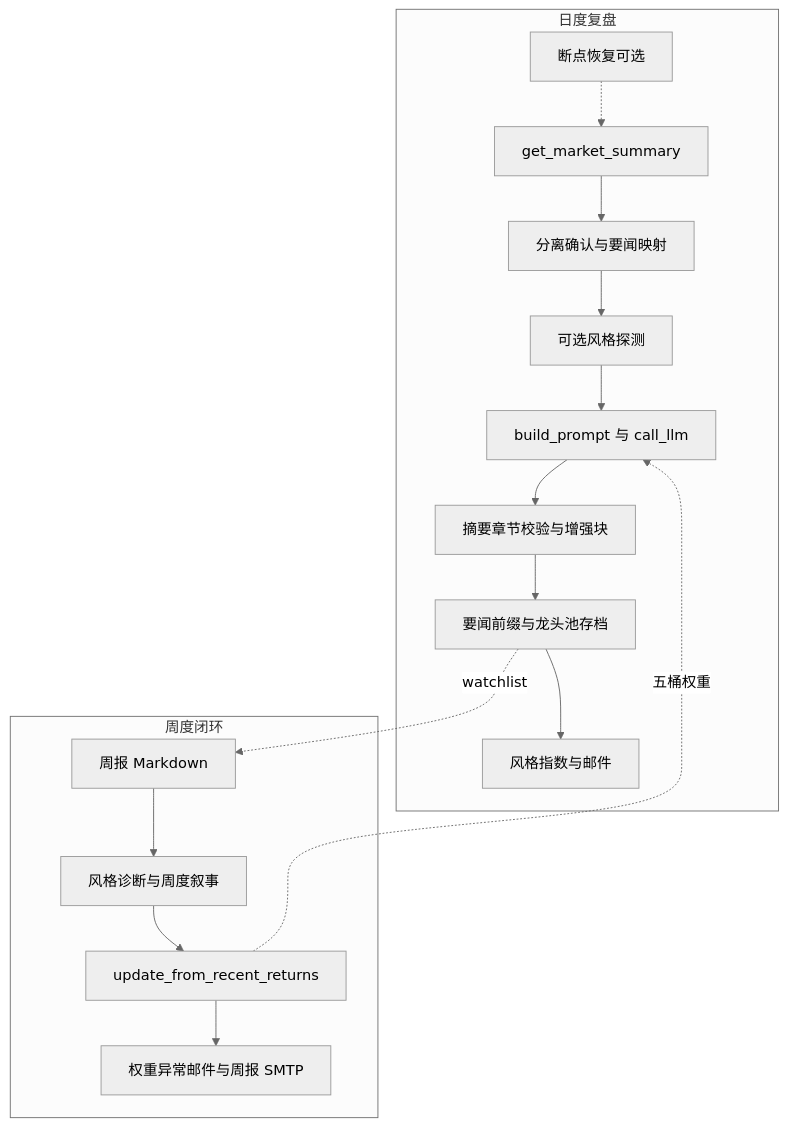
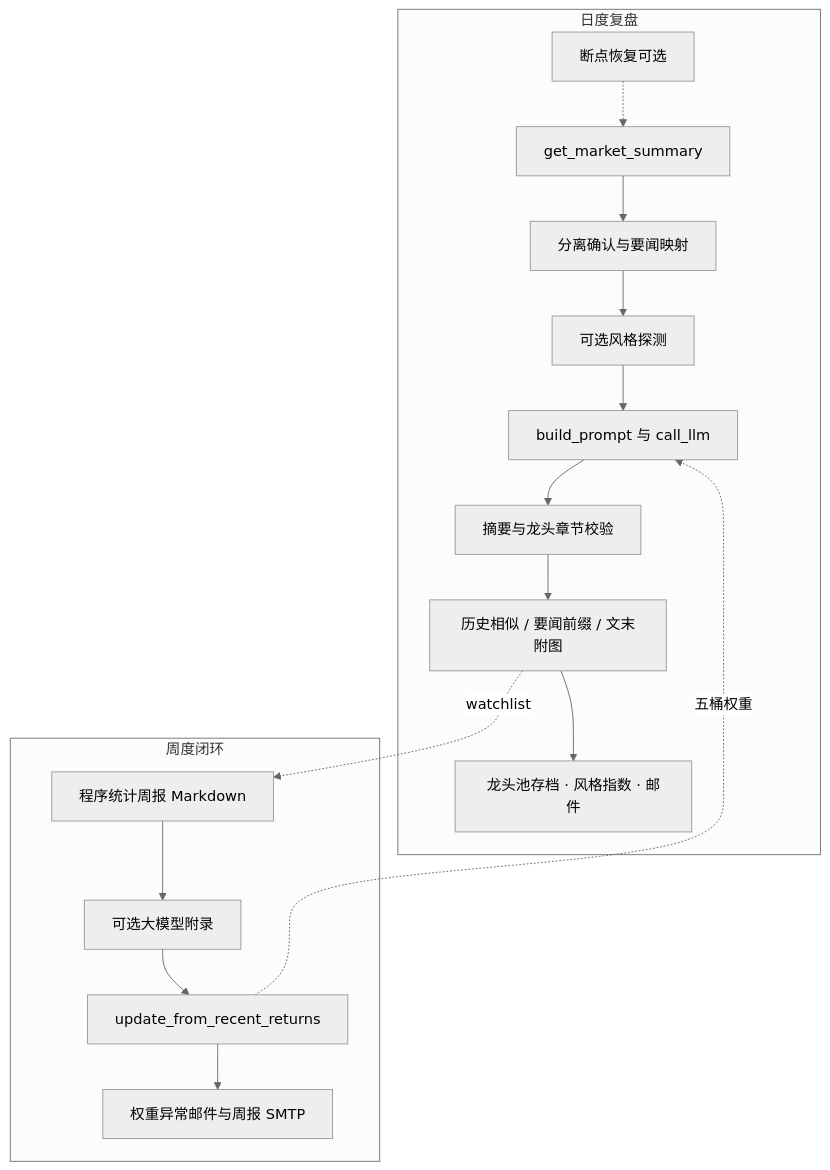
The diagram in README.md (doubiaaa/PythonProject1), drawn with Mermaid (neutral theme) before and after one commit. The commit also changed other lines of this file and 9 other files, not shown here.

First line of the commit message:
fix: 复盘去增强与邮件CID图比例；README业务全景PNG

````diff
--- a/README.md
+++ b/README.md
@@ -76,26 +76,26 @@
 ```mermaid
 flowchart TB
     subgraph daily["日度复盘"]
         A[get_market_summary]
         B[断点恢复可选]
         C[分离确认与要闻映射]
         D[可选风格探测]
         E[build_prompt 与 call_llm]
-        F[摘要章节校验与增强块]
-        G[要闻前缀与龙头池存档]
-        H[风格指数与邮件]
+        F[摘要与龙头章节校验]
+        G[历史相似 / 要闻前缀 / 文末附图]
+        H[龙头池存档 · 风格指数 · 邮件]
         B -.-> A
         A --> C --> D --> E --> F --> G --> H
     end
 
     subgraph weekly["周度闭环"]
-        W1[周报 Markdown]
-        W2[风格诊断与周度叙事]
+        W1[程序统计周报 Markdown]
+        W2[可选大模型附录]
         W3[update_from_recent_returns]
         W4[权重异常邮件与周报 SMTP]
         W1 --> W2 --> W3 --> W4
     end
 
     G -.->|watchlist| W1
     W3 -.->|五桶权重| E
 ```
````
